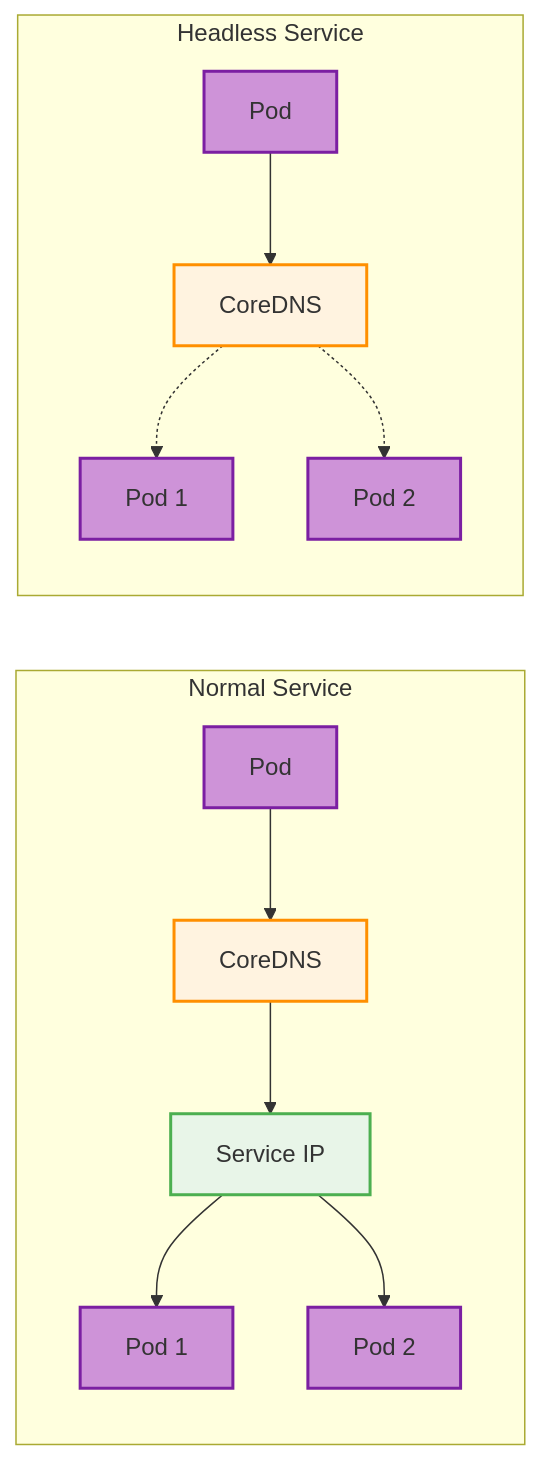
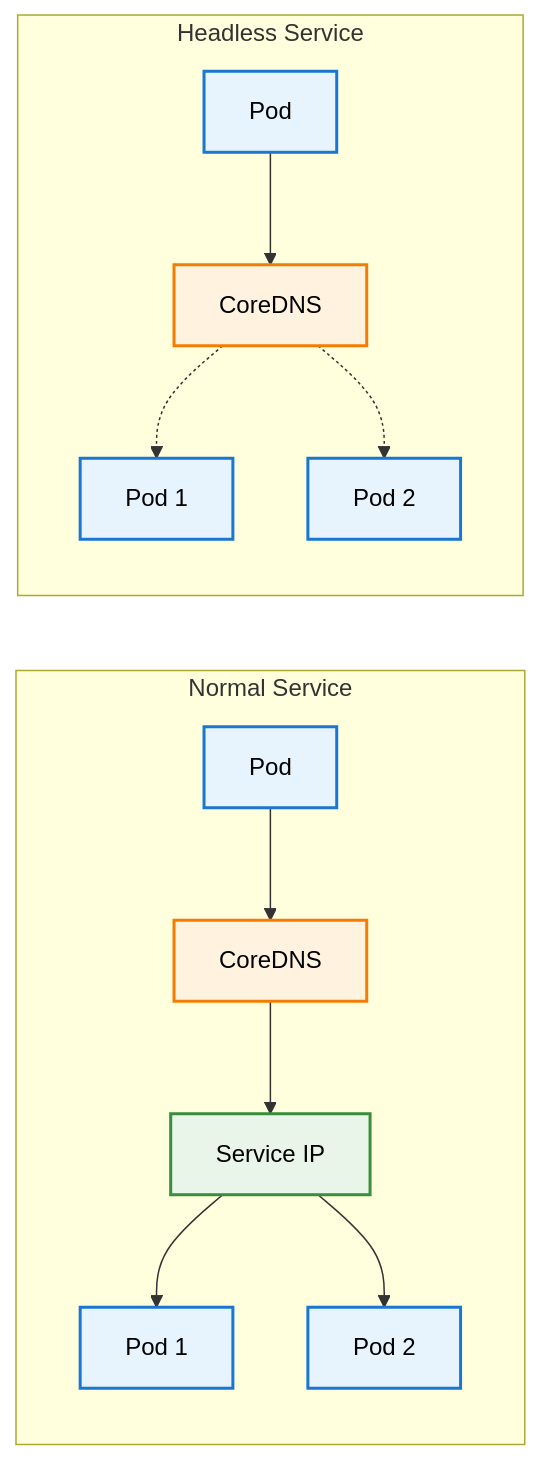
One commit to razkevich/system_design_course changed the fourth of 5 diagrams in 1.3_network_and_communication/kubernetes_networking.md. Above: the diagram before and after it, drawn with Mermaid. The commit also changed other lines of this file and 1 other file, not shown here.

````diff
--- a/1.3_network_and_communication/kubernetes_networking.md
+++ b/1.3_network_and_communication/kubernetes_networking.md
@@ -263,35 +251,36 @@
 ```mermaid
 flowchart LR
     P["Pod"] --> D["CoreDNS"]
     D --> S["Service IP"]
     S --> Pod1["Pod 1"]
     S --> Pod2["Pod 2"]
     
     P2["Pod"] --> D2["CoreDNS"]
     D2 -.-> Pod3["Pod 1"]
     D2 -.-> Pod4["Pod 2"]
     
     subgraph "Normal Service"
         P
         D
         S
         Pod1
         Pod2
     end
     
     subgraph "Headless Service"
         P2
         D2
         Pod3
         Pod4
     end
     
-    %% Styling
-    classDef podStyle fill:#ce93d8,stroke:#7b1fa2,stroke-width:2px
-    classDef dnsStyle fill:#fff3e0,stroke:#ff8f00,stroke-width:2px
-    classDef serviceStyle fill:#e8f5e8,stroke:#4caf50,stroke-width:2px
-    
-    class P,P2,Pod1,Pod2,Pod3,Pod4 podStyle
-    class D,D2 dnsStyle
-    class S serviceStyle
+    style P fill:#e8f4fd,stroke:#1976d2,stroke-width:2px,color:#000
+    style P2 fill:#e8f4fd,stroke:#1976d2,stroke-width:2px,color:#000
+    style Pod1 fill:#e8f4fd,stroke:#1976d2,stroke-width:2px,color:#000
+    style Pod2 fill:#e8f4fd,stroke:#1976d2,stroke-width:2px,color:#000
+    style Pod3 fill:#e8f4fd,stroke:#1976d2,stroke-width:2px,color:#000
+    style Pod4 fill:#e8f4fd,stroke:#1976d2,stroke-width:2px,color:#000
+    style D fill:#fff3e0,stroke:#f57c00,stroke-width:2px,color:#000
+    style D2 fill:#fff3e0,stroke:#f57c00,stroke-width:2px,color:#000
+    style S fill:#e8f5e8,stroke:#388e3c,stroke-width:2px,color:#000
 ```
````
